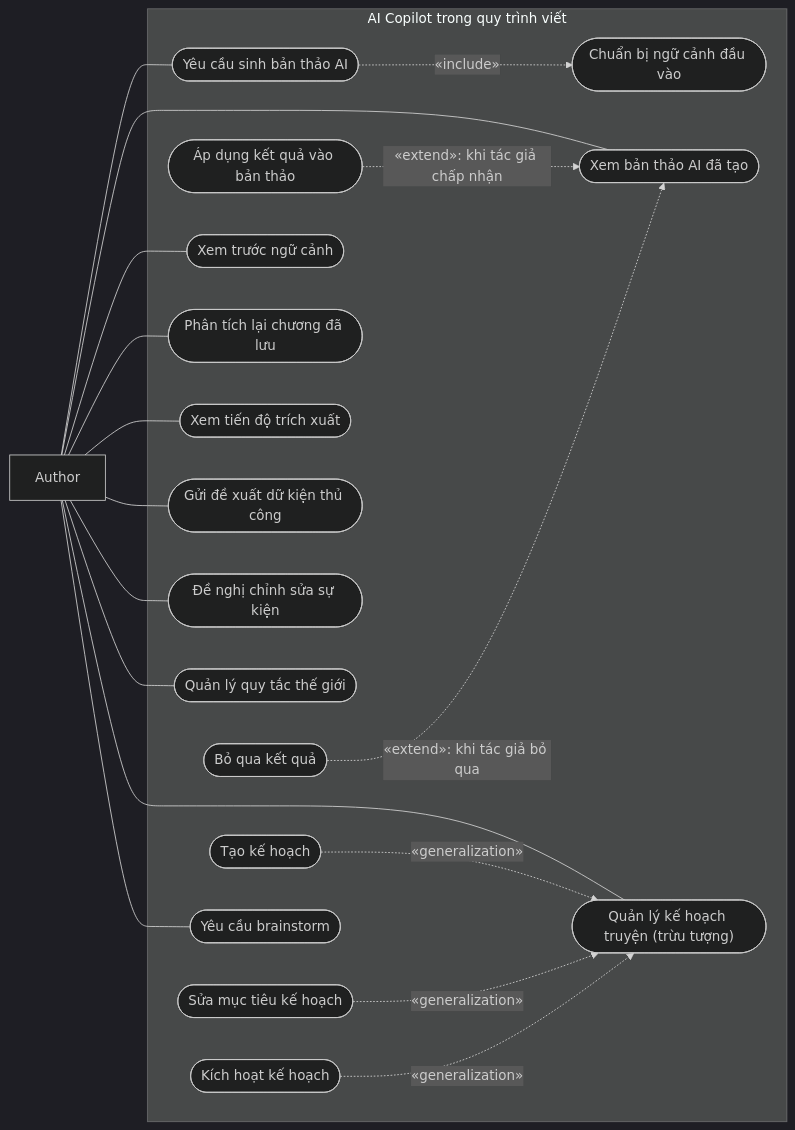
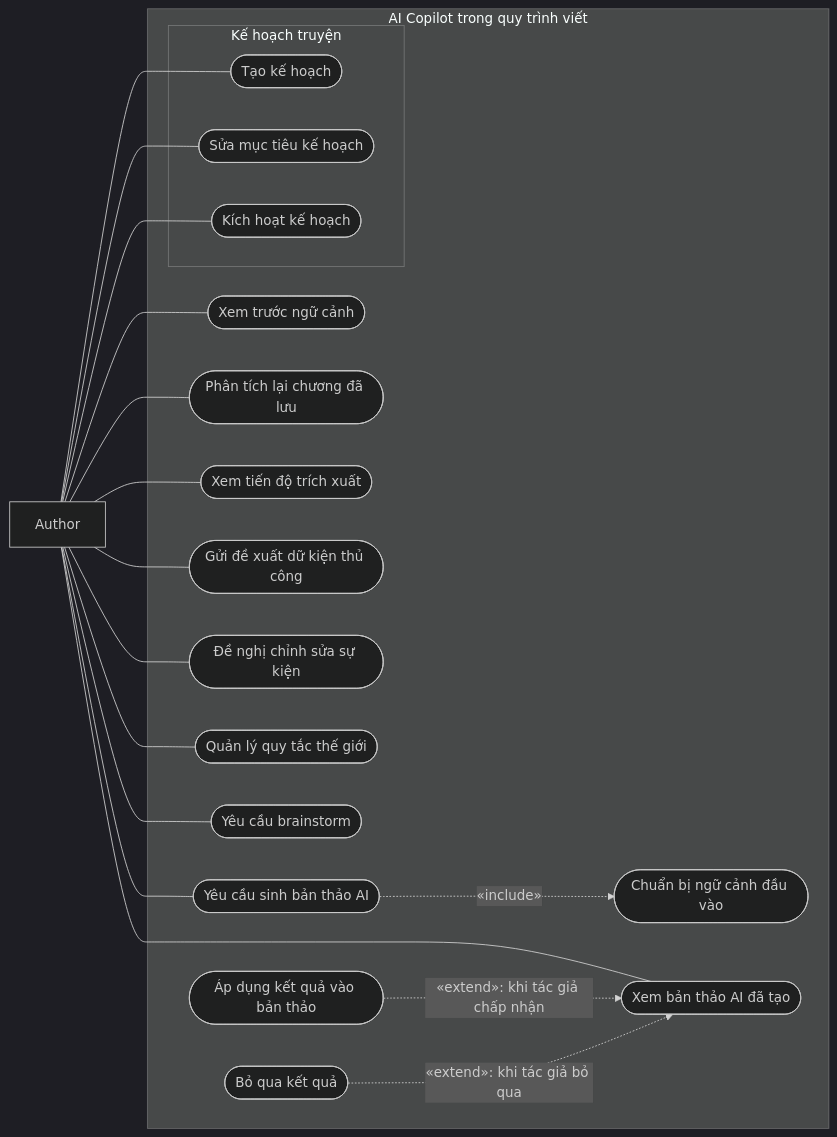
Before and after one commit to Ephurin/Novel_sharing_platform: the ninth of 25 diagrams in docs/BAO_CAO_CHUONG_3.md, drawn with Mermaid (dark theme). The commit also changed other lines of this file, not shown here.

Commit message:
docs: remove generalization from Chapter 3 use case diagrams

````diff
--- a/docs/BAO_CAO_CHUONG_3.md
+++ b/docs/BAO_CAO_CHUONG_3.md
@@ -414,38 +418,38 @@
 ```mermaid
 flowchart LR
     A["Author"]
     subgraph SYS["AI Copilot trong quy trình viết"]
         U1(["Yêu cầu sinh bản thảo AI"])
         U2(["Chuẩn bị ngữ cảnh đầu vào"])
         U3(["Xem bản thảo AI đã tạo"])
         U4(["Áp dụng kết quả vào bản thảo"])
         U5(["Bỏ qua kết quả"])
         U6(["Xem trước ngữ cảnh"])
         U7(["Phân tích lại chương đã lưu"])
         U8(["Xem tiến độ trích xuất"])
         U9(["Gửi đề xuất dữ kiện thủ công"])
         U10(["Đề nghị chỉnh sửa sự kiện"])
         U11(["Quản lý quy tắc thế giới"])
-        U12(["Quản lý kế hoạch truyện (trừu tượng)"])
-        U13(["Tạo kế hoạch"])
-        U14(["Sửa mục tiêu kế hoạch"])
-        U15(["Kích hoạt kế hoạch"])
         U16(["Yêu cầu brainstorm"])
+        subgraph G9_1["Kế hoạch truyện"]
+            U13(["Tạo kế hoạch"])
+            U14(["Sửa mục tiêu kế hoạch"])
+            U15(["Kích hoạt kế hoạch"])
+        end
     end
     A --- U1
     A --- U3
     A --- U6
     A --- U7
     A --- U8
     A --- U9
     A --- U10
     A --- U11
-    A --- U12
+    A --- U13
+    A --- U14
+    A --- U15
     A --- U16
     U1 -.->|"«include»"| U2
     U4 -.->|"«extend»: khi tác giả chấp nhận"| U3
     U5 -.->|"«extend»: khi tác giả bỏ qua"| U3
-    U13 -.->|"«generalization»"| U12
-    U14 -.->|"«generalization»"| U12
-    U15 -.->|"«generalization»"| U12
 ```
````
